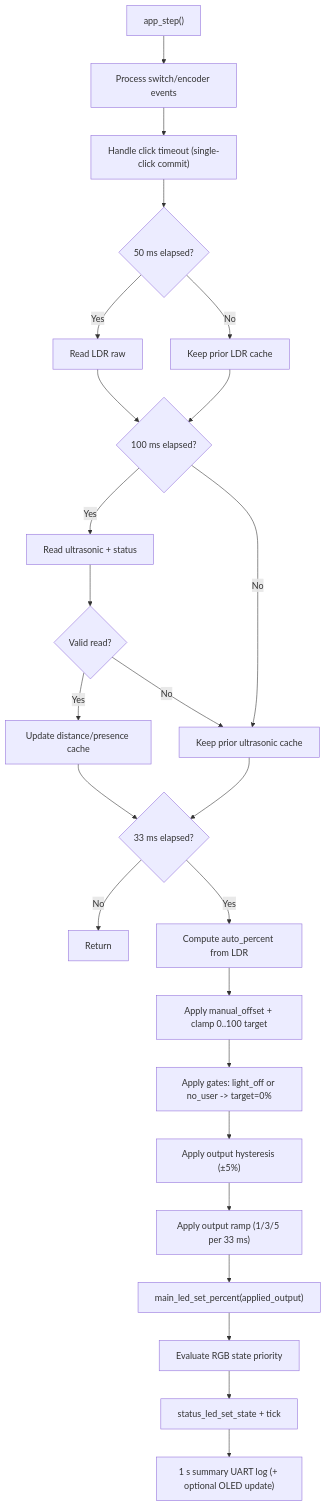
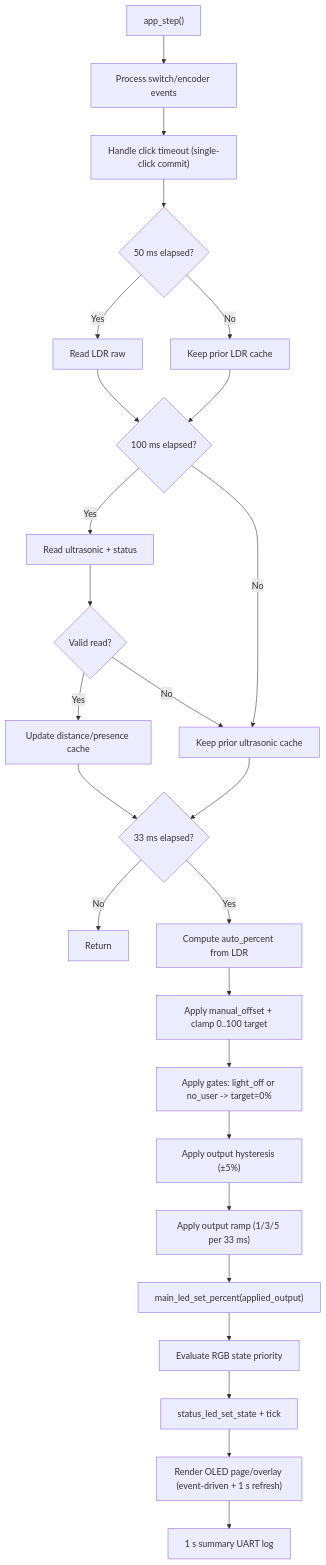
One commit to RJTPP/S-ADAPT-IoT changed the first of 2 diagrams in docs/architecture/business-logic.md. Above: the diagram before and after it, drawn with Mermaid. The commit also changed other lines of this file and 10 other files, not shown here.

First line of the commit message:
Feat/oled page (#24)

````diff
--- a/docs/architecture/business-logic.md
+++ b/docs/architecture/business-logic.md
@@ -42,27 +46,28 @@
 ```mermaid
 flowchart TD
     A["app_step()"] --> B["Process switch/encoder events"]
     B --> C["Handle click timeout (single-click commit)"]
     C --> D{"50 ms elapsed?"}
     D -- "Yes" --> E["Read LDR raw"]
     D -- "No" --> F["Keep prior LDR cache"]
     E --> G{"100 ms elapsed?"}
     F --> G
     G -- "Yes" --> H["Read ultrasonic + status"]
     G -- "No" --> I["Keep prior ultrasonic cache"]
     H --> J{"Valid read?"}
     J -- "Yes" --> K["Update distance/presence cache"]
     J -- "No" --> I
     K --> L{"33 ms elapsed?"}
     I --> L
     L -- "No" --> M["Return"]
     L -- "Yes" --> N["Compute auto_percent from LDR"]
     N --> O["Apply manual_offset + clamp 0..100 target"]
     O --> P["Apply gates: light_off or no_user -> target=0%"]
     P --> Q["Apply output hysteresis (±5%)"]
     Q --> R["Apply output ramp (1/3/5 per 33 ms)"]
     R --> S["main_led_set_percent(applied_output)"]
     S --> T["Evaluate RGB state priority"]
     T --> U["status_led_set_state + tick"]
-    U --> V["1 s summary UART log (+ optional OLED update)"]
+    U --> V["Render OLED page/overlay (event-driven + 1 s refresh)"]
+    V --> W["1 s summary UART log"]
 ```
````
